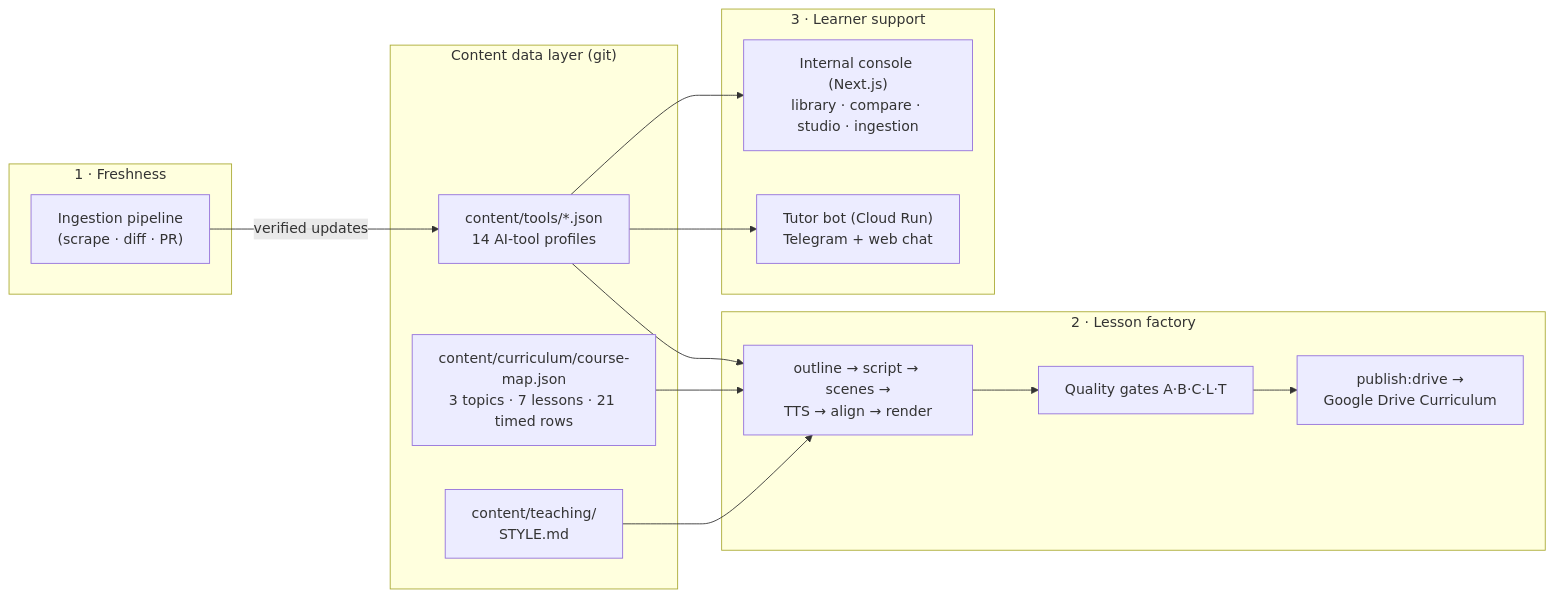
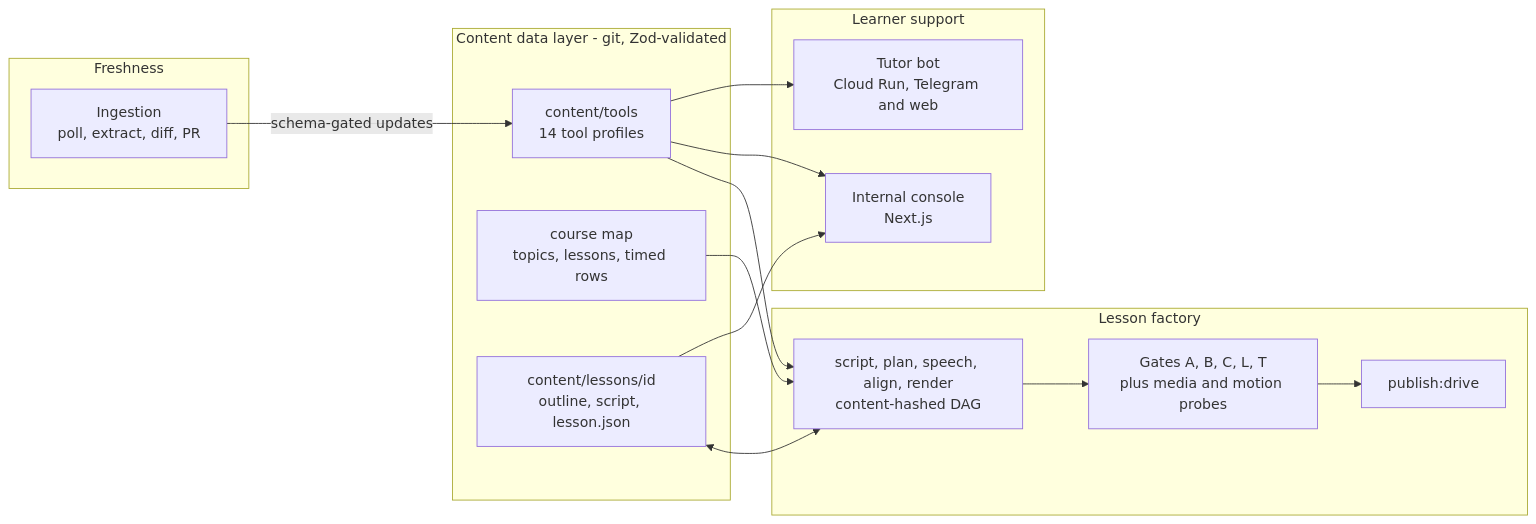
The diagram in README.md (BTECHK/agentic-video-lesson-studio-chatbot), drawn with Mermaid before and after one commit. The commit also changed other lines of this file and 12 other files, not shown here.

First line of the commit message:
docs: add portfolio README, architecture docs, decision records and license

````diff
--- a/README.md
+++ b/README.md
@@ -25,31 +58,33 @@
 ```mermaid
 flowchart LR
-    subgraph DATA["Content data layer (git)"]
-        TOOLS["content/tools/*.json<br/>14 AI-tool profiles"]
-        MAP["content/curriculum/course-map.json<br/>3 topics · 7 lessons · 21 timed rows"]
-        TEACH["content/teaching/<br/>STYLE.md"]
+    subgraph DATA["Content data layer - git, Zod-validated"]
+        TOOLS["content/tools<br/>14 tool profiles"]
+        MAP["course map<br/>topics, lessons, timed rows"]
+        LES["content/lessons/id<br/>outline, script, lesson.json"]
     end
 
-    subgraph FRESH["1 · Freshness"]
-        ING["Ingestion pipeline<br/>(scrape · diff · PR)"]
+    subgraph FRESH["Freshness"]
+        ING["Ingestion<br/>poll, extract, diff, PR"]
     end
 
-    subgraph FACTORY["2 · Lesson factory"]
-        PIPE["outline → script → scenes →<br/>TTS → align → render"]
-        GATES["Quality gates A·B·C·L·T"]
-        DRIVE["publish:drive →<br/>Google Drive Curriculum"]
+    subgraph FACTORY["Lesson factory"]
+        PIPE["script, plan, speech, align, render<br/>content-hashed DAG"]
+        GATES["Gates A, B, C, L, T<br/>plus media and motion probes"]
+        PUB["publish:drive"]
     end
 
-    subgraph SUPPORT["3 · Learner support"]
-        CONSOLE["Internal console (Next.js)<br/>library · compare · studio · ingestion"]
-        TUTOR["Tutor bot (Cloud Run)<br/>Telegram + web chat"]
+    subgraph SUPPORT["Learner support"]
+        CONSOLE["Internal console<br/>Next.js"]
+        BOT["Tutor bot<br/>Cloud Run, Telegram and web"]
     end
 
-    ING -->|verified updates| TOOLS
+    ING -->|"schema-gated updates"| TOOLS
     TOOLS --> PIPE
     MAP --> PIPE
-    TEACH --> PIPE
-    PIPE --> GATES --> DRIVE
+    LES <--> PIPE
+    PIPE --> GATES
+    GATES --> PUB
+    LES --> CONSOLE
     TOOLS --> CONSOLE
-    TOOLS --> TUTOR
+    TOOLS --> BOT
 ```
````
